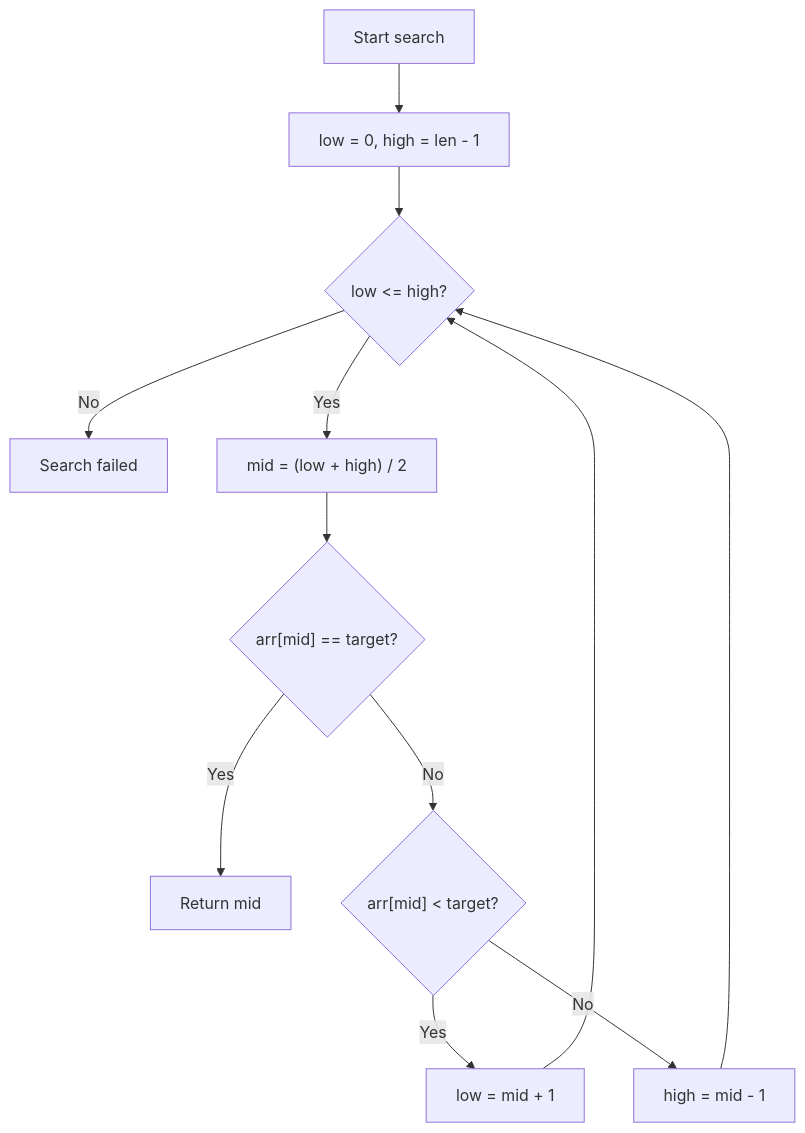
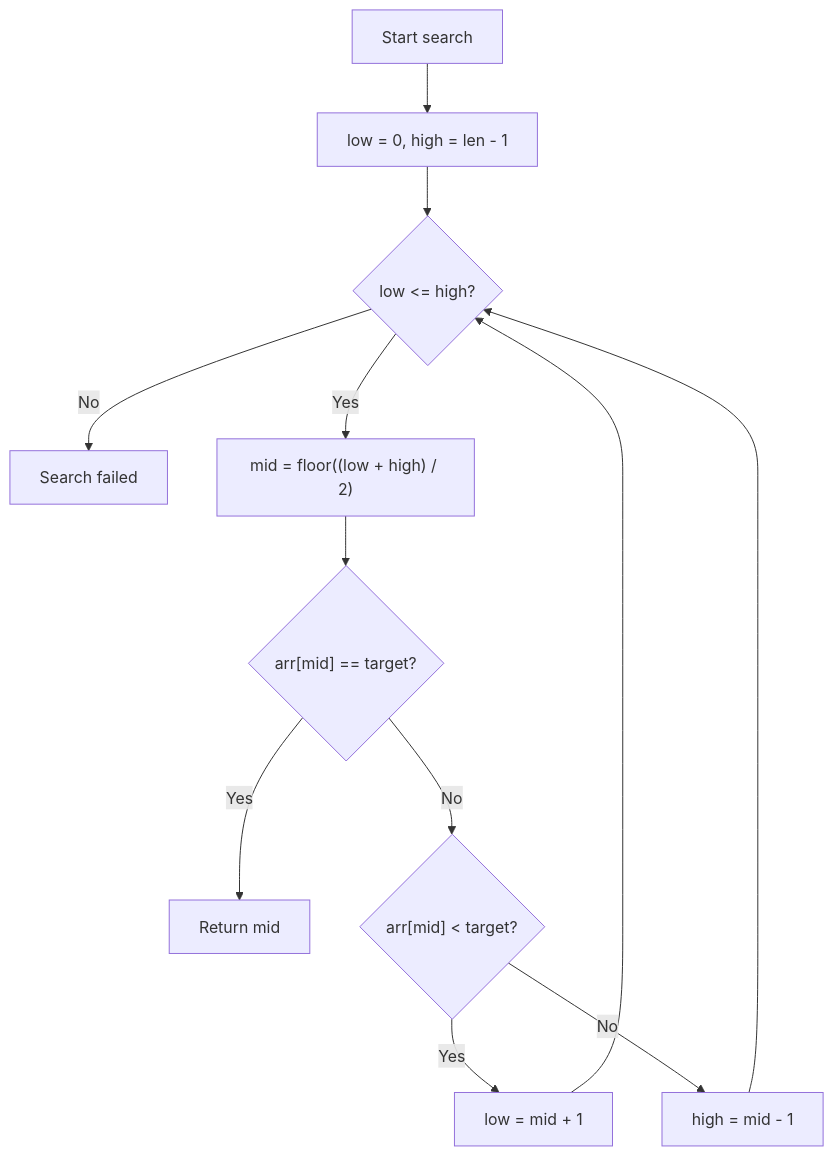
Before and after one commit to kenjinote/blog: the second of 4 diagrams in content/post/search-algorithms-linear-binary-hash-table-principles/index.en.md, drawn with Mermaid. The commit also changed other lines of this file and 18 other files, not shown here.

````diff
--- a/content/post/search-algorithms-linear-binary-hash-table-principles/index.en.md
+++ b/content/post/search-algorithms-linear-binary-hash-table-principles/index.en.md
@@ -210,14 +92,14 @@
 ```mermaid
 flowchart TD
     A["Start search"] --> B["low = 0, high = len - 1"]
     B --> C{"low <= high?"}
     C -->|"No"| D["Search failed"]
-    C -->|"Yes"| E["mid = (low + high) / 2"]
+    C -->|"Yes"| E["mid = floor((low + high) / 2)"]
     E --> F{"arr[mid] == target?"}
     F -->|"Yes"| G["Return mid"]
     F -->|"No"| H{"arr[mid] < target?"}
     H -->|"Yes"| I["low = mid + 1"]
     H -->|"No"| J["high = mid - 1"]
     I --> C
     J --> C
 ```
````
